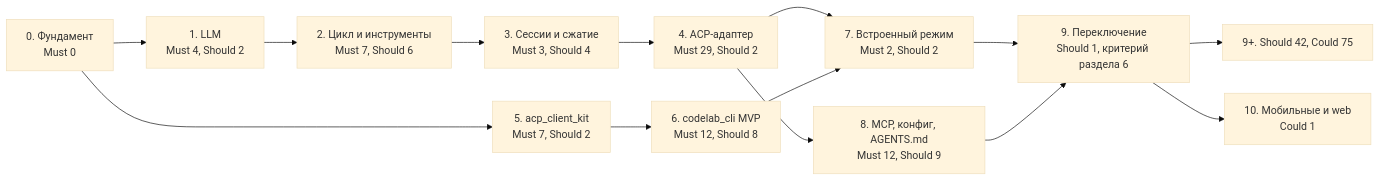
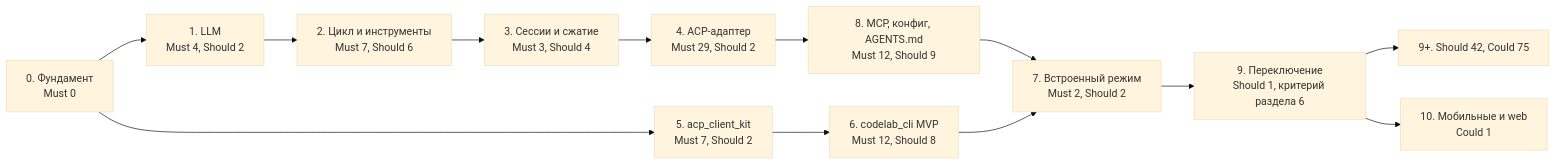
Before and after one commit to pese-git/codelab-app: the second of 2 diagrams in docs/architecture/proposals/agent-parity-goals.md, drawn with Mermaid (base theme). The commit also changed other lines of this file and 24 other files, not shown here.

````diff
--- a/docs/architecture/proposals/agent-parity-goals.md
+++ b/docs/architecture/proposals/agent-parity-goals.md
@@ -1059,16 +1072,15 @@
 ```mermaid
 flowchart LR
     S0["0. Фундамент<br/>Must 0"] --> S1["1. LLM<br/>Must 4, Should 2"]
     S1 --> S2["2. Цикл и инструменты<br/>Must 7, Should 6"]
     S2 --> S3["3. Сессии и сжатие<br/>Must 3, Should 4"]
     S3 --> S4["4. ACP-адаптер<br/>Must 29, Should 2"]
     S0 --> S5["5. acp_client_kit<br/>Must 7, Should 2"]
     S5 --> S6["6. codelab_cli MVP<br/>Must 12, Should 8"]
-    S4 --> S7["7. Встроенный режим<br/>Must 2, Should 2"]
+    S8 --> S7["7. Встроенный режим<br/>Must 2, Should 2"]
     S6 --> S7
     S4 --> S8["8. MCP, конфиг, AGENTS.md<br/>Must 12, Should 9"]
     S7 --> S9["9. Переключение<br/>Should 1, критерий раздела 6"]
-    S8 --> S9
     S9 --> SN["9+. Should 42, Could 75"]
     S9 --> S10["10. Мобильные и web<br/>Could 1"]
 ```
````
